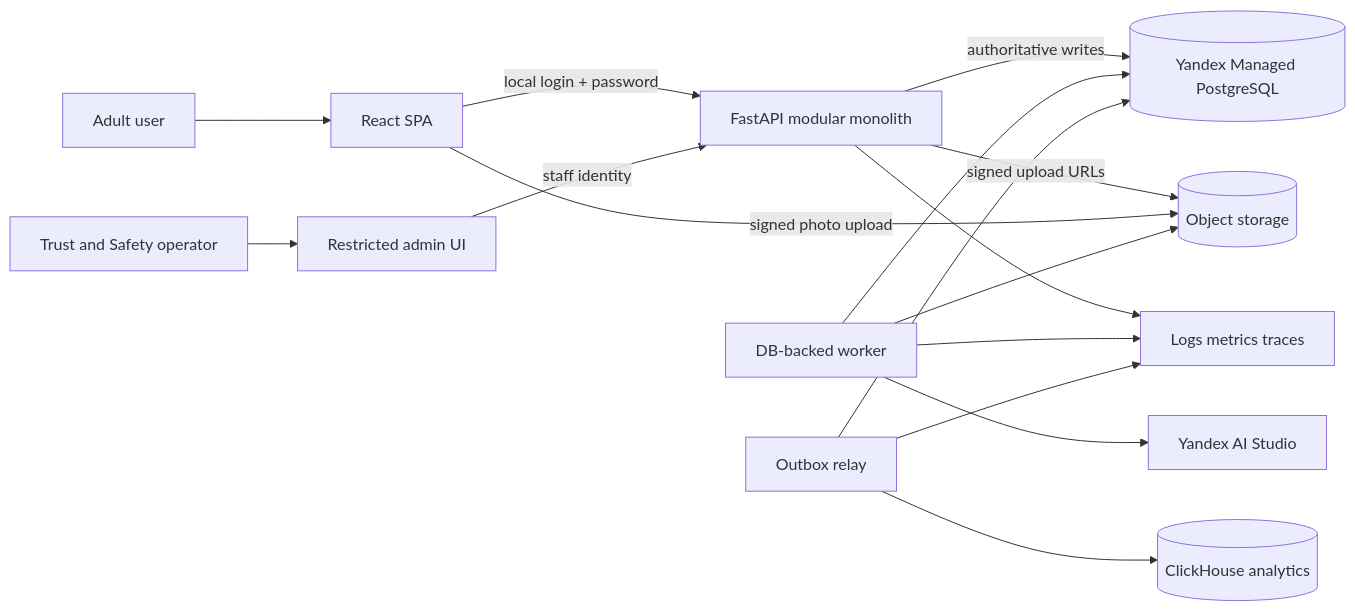
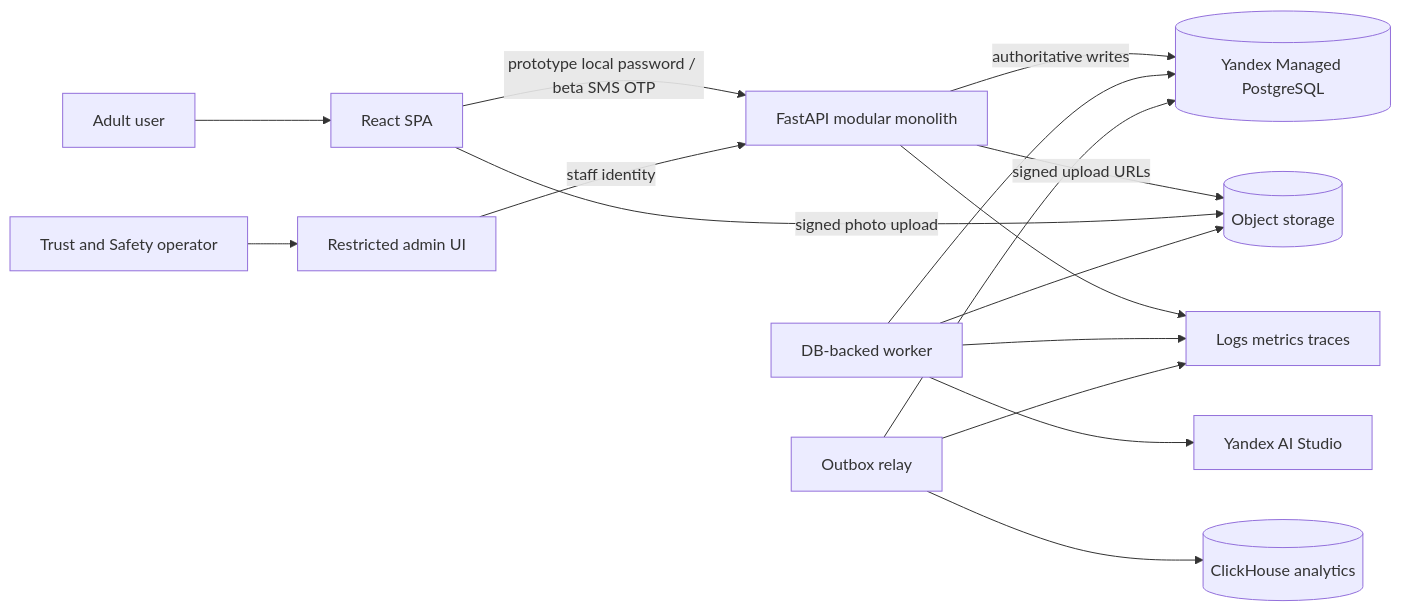
The first of 2 diagrams in docs/architecture/overview.md (ek2kk/ai-matchmaker), drawn with Mermaid before and after one commit. The commit also changed other lines of this file and 17 other files, not shown here.

````diff
--- a/docs/architecture/overview.md
+++ b/docs/architecture/overview.md
@@ -44,18 +44,18 @@
 ```mermaid
 flowchart LR
     U[Adult user] --> SPA[React SPA]
     OPS[Trust and Safety operator] --> OPSUI[Restricted admin UI]
-    SPA -->|local login + password| API[FastAPI modular monolith]
+    SPA -->|prototype local password / beta SMS OTP| API[FastAPI modular monolith]
     OPSUI -->|staff identity| API
     API -->|authoritative writes| PG[(Yandex Managed PostgreSQL)]
     API -->|signed upload URLs| OBJ[(Object storage)]
     SPA -->|signed photo upload| OBJ
     WORKER[DB-backed worker] --> PG
     WORKER --> OBJ
     WORKER --> OAI[Yandex AI Studio]
     RELAY[Outbox relay] --> PG
     RELAY --> CH[(ClickHouse analytics)]
     API --> OBS[Logs metrics traces]
     WORKER --> OBS
     RELAY --> OBS
 ```
````
